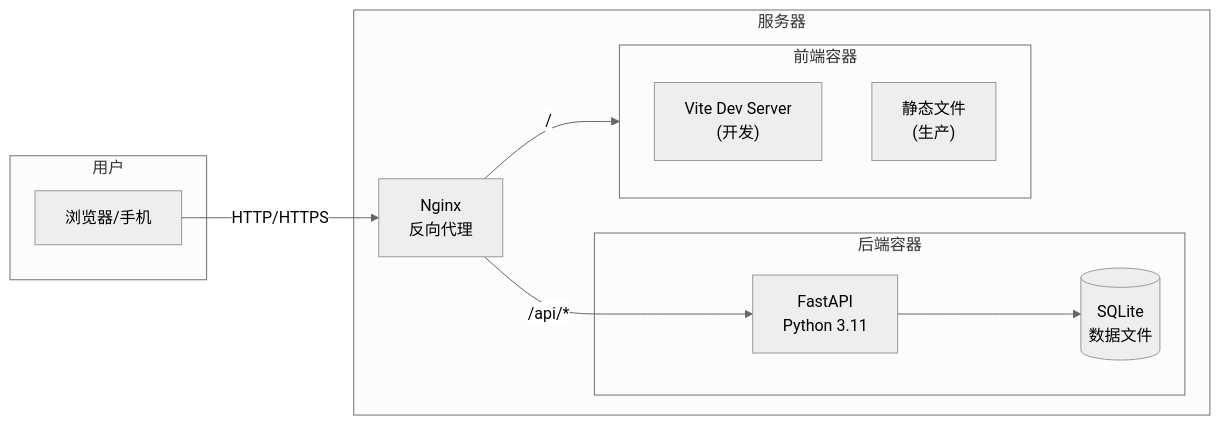
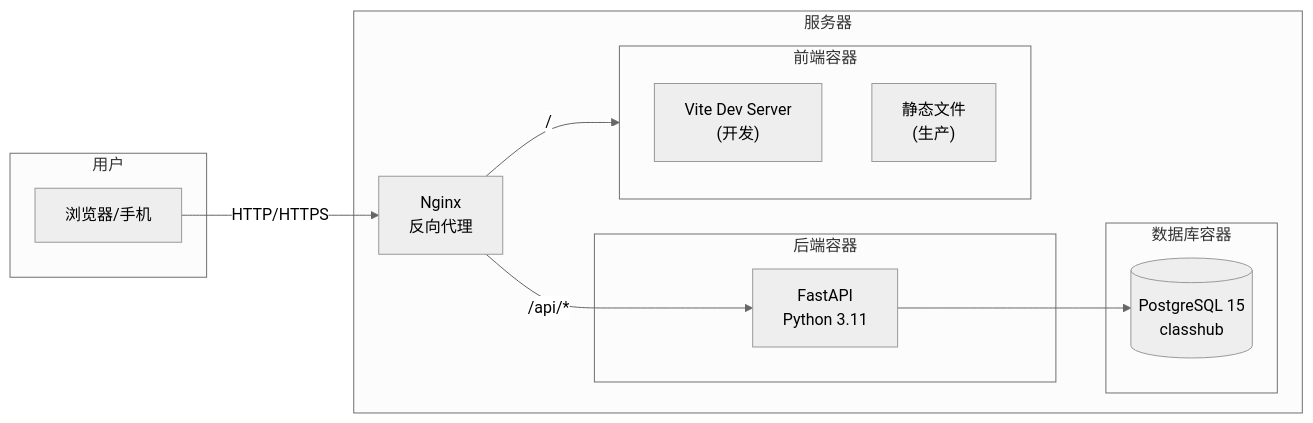
Before and after one commit to zhanziwei96/student-manager: the seventh of 7 diagrams in docs/ARCHITECTURE_DIAGRAMS.md, drawn with Mermaid (neutral theme).

Commit message:
docs: fix remaining SQLite reference in deployment architecture diagram

````diff
--- a/docs/ARCHITECTURE_DIAGRAMS.md
+++ b/docs/ARCHITECTURE_DIAGRAMS.md
@@ -331,26 +331,29 @@
 ```mermaid
 graph LR
     subgraph User["用户"]
         Browser["浏览器/手机"]
     end
 
     subgraph Server["服务器"]
         Nginx["Nginx<br/>反向代理"]
 
         subgraph Backend_Container["后端容器"]
             FastAPI["FastAPI<br/>Python 3.11"]
-            SQLite[("SQLite<br/>数据文件")]
+        end
+
+        subgraph PostgreSQL_Container["数据库容器"]
+            PostgreSQL[("PostgreSQL 15<br/>classhub")]
         end
 
         subgraph Frontend_Container["前端容器"]
             Vite["Vite Dev Server<br/>(开发)"]
             StaticFiles["静态文件<br/>(生产)"]
         end
     end
 
     Browser -->|"HTTP/HTTPS"| Nginx
     Nginx -->|"/api/*"| FastAPI
     Nginx -->|"/"| Frontend_Container
 
-    FastAPI --> SQLite
+    FastAPI --> PostgreSQL
 ```
````
